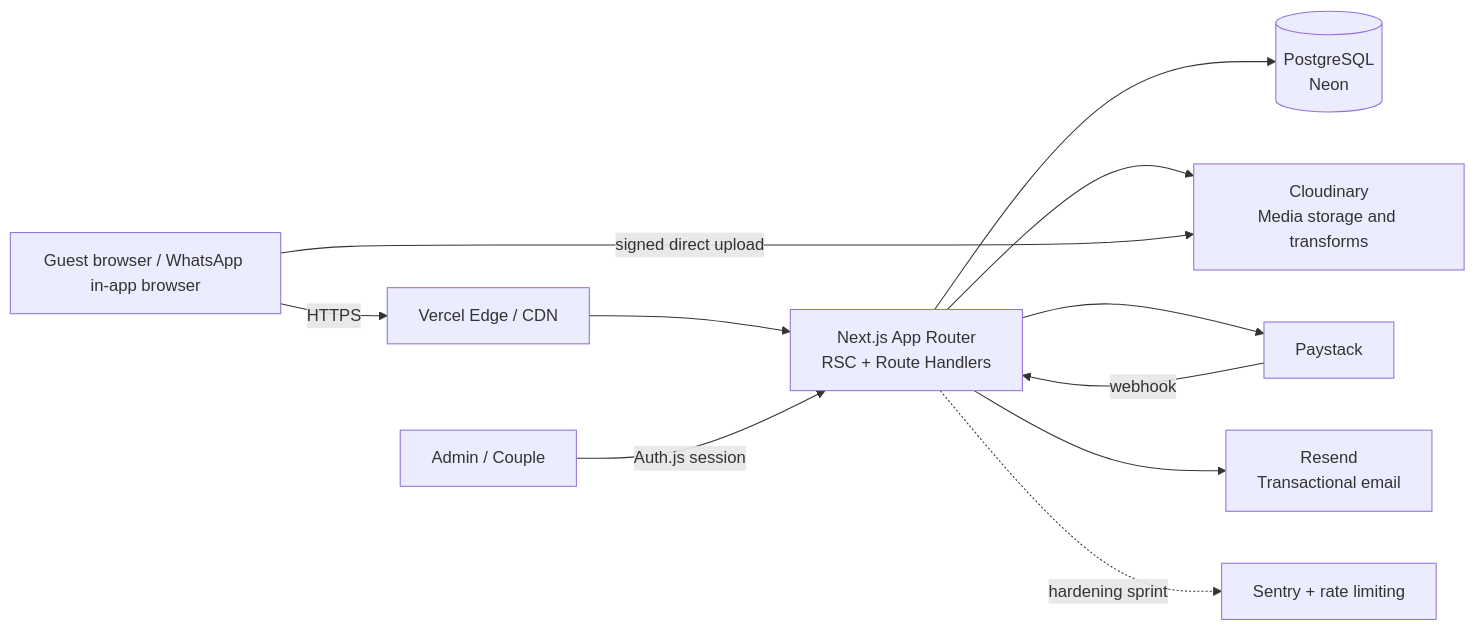
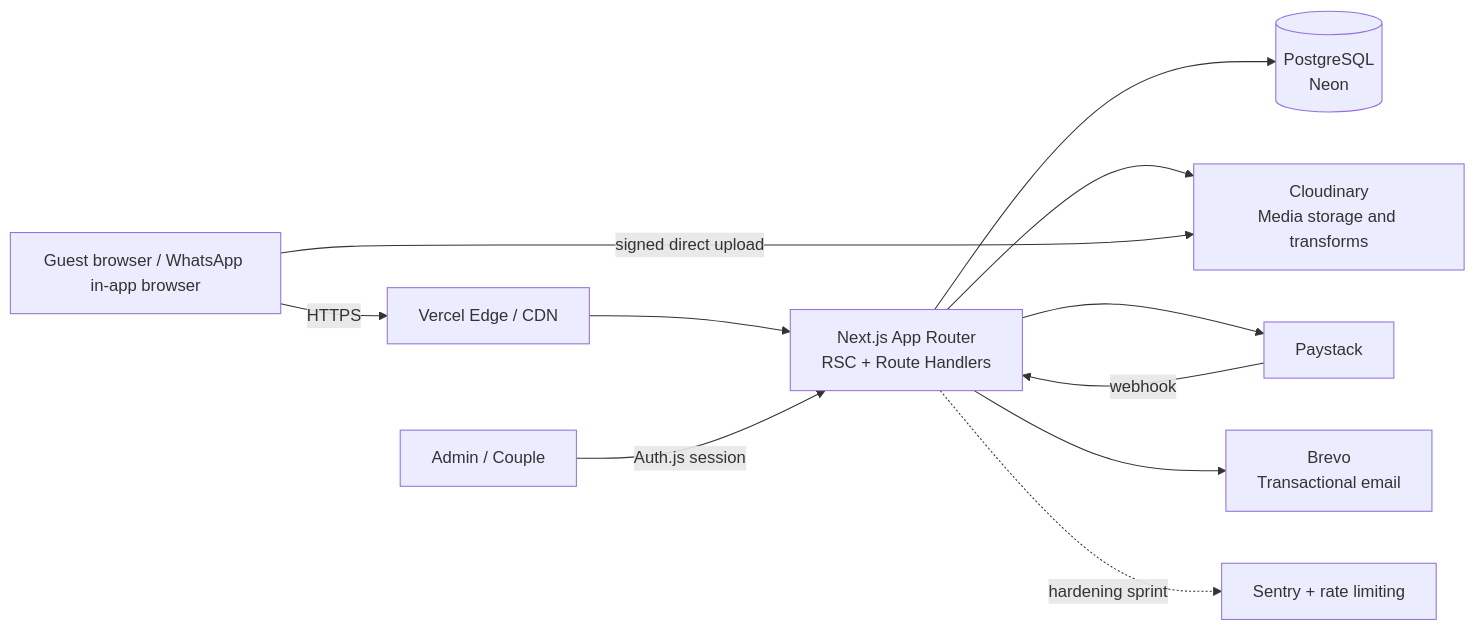
Before and after one commit to EAconcepts/designedToBi26: the first of 7 diagrams in docs/architecture.md, drawn with Mermaid. The commit also changed other lines of this file and 39 other files, not shown here.

````diff
--- a/docs/architecture.md
+++ b/docs/architecture.md
@@ -246,13 +246,13 @@
 ```mermaid
 flowchart LR
     G[Guest browser / WhatsApp in-app browser] -->|HTTPS| CDN[Vercel Edge / CDN]
     CDN --> APP[Next.js App Router<br/>RSC + Route Handlers]
     APP --> DB[(PostgreSQL<br/>Neon)]
     APP --> CLD[Cloudinary<br/>Media storage and transforms]
     APP --> PAY[Paystack]
-    APP --> MAIL[Resend<br/>Transactional email]
+    APP --> MAIL[Brevo<br/>Transactional email]
     PAY -- webhook --> APP
     G -- signed direct upload --> CLD
     A[Admin / Couple] -->|Auth.js session| APP
     APP -. hardening sprint .-> OBS[Sentry + rate limiting]
 ```
````
